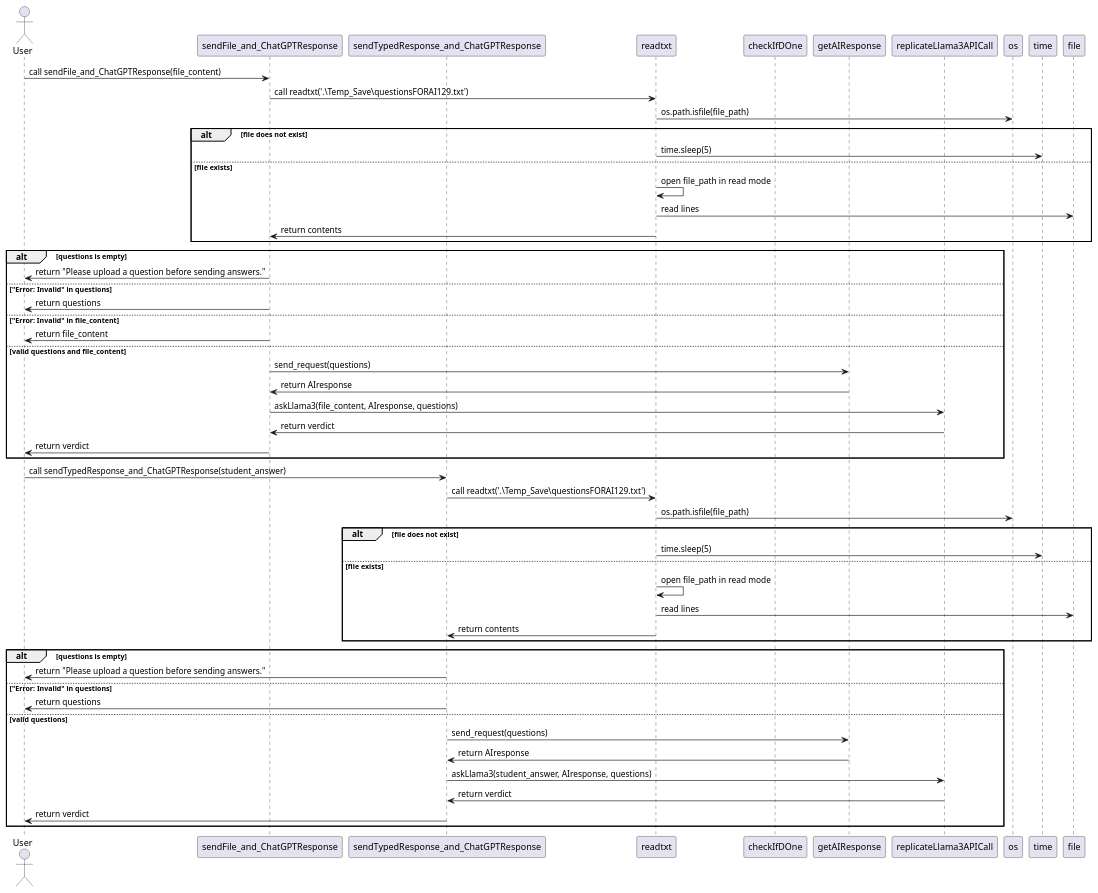
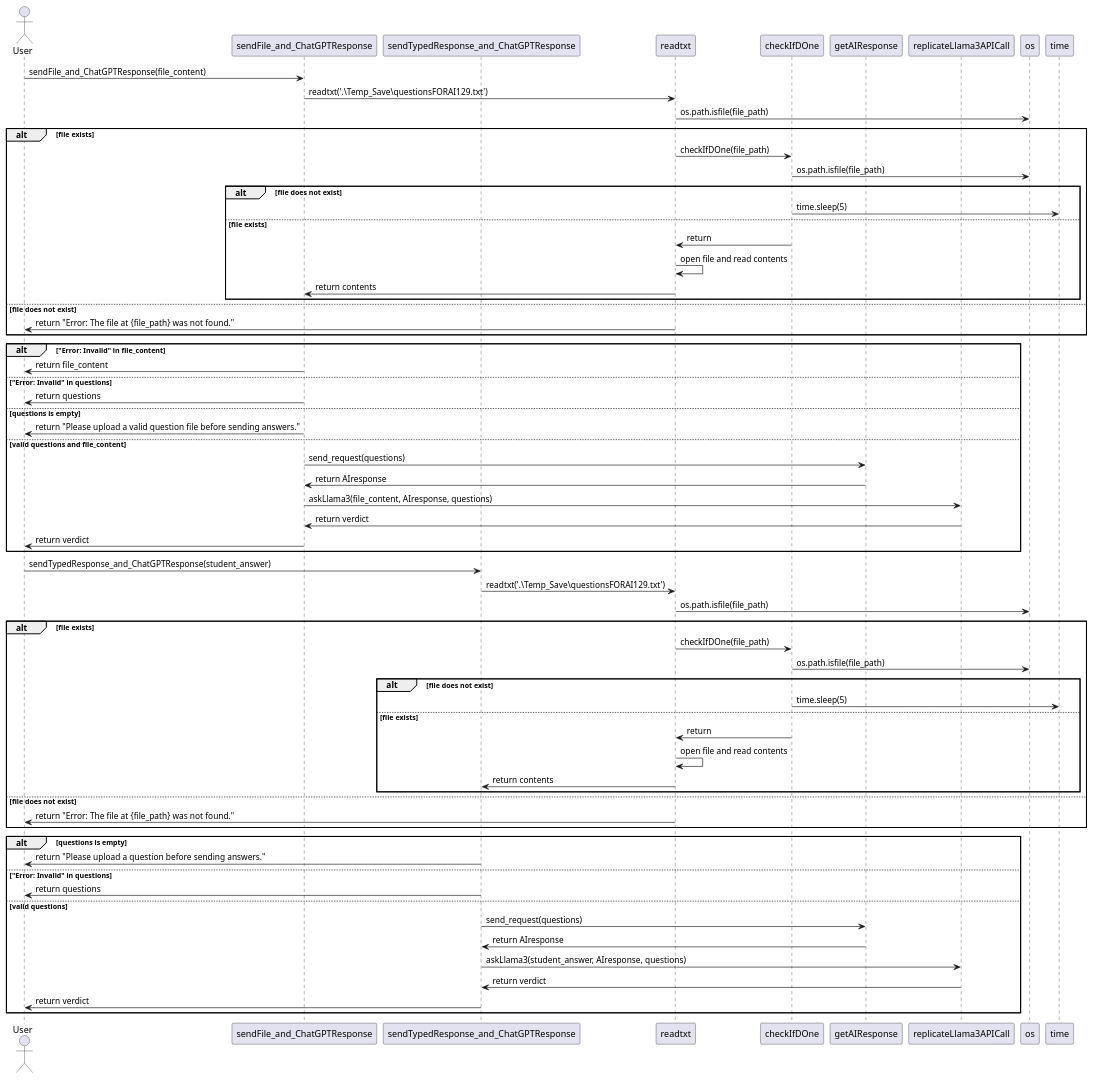
One commit to NoahS20/Grad-Project changed the diagram in Diagrams/Sequence Diagrams/BackEnd/sendToModelUMLSequence.wsd. Above: the diagram before and after it, drawn with PlantUML. The commit also changed 7 other files, not shown here.

```diff
--- a/Diagrams/Sequence Diagrams/BackEnd/sendToModelUMLSequence.wsd
+++ b/Diagrams/Sequence Diagrams/BackEnd/sendToModelUMLSequence.wsd
@@ -1,61 +1,73 @@
 @startuml
 actor User
 
 participant sendFile_and_ChatGPTResponse
 participant sendTypedResponse_and_ChatGPTResponse
 participant readtxt
 participant checkIfDOne
 participant getAIResponse
 participant replicateLlama3APICall
 participant os
 participant time
 
-User -> sendFile_and_ChatGPTResponse: call sendFile_and_ChatGPTResponse(file_content)
-sendFile_and_ChatGPTResponse -> readtxt: call readtxt('.\Temp_Save\questionsFORAI129.txt')
+User -> sendFile_and_ChatGPTResponse: sendFile_and_ChatGPTResponse(file_content)
+sendFile_and_ChatGPTResponse -> readtxt: readtxt('.\\Temp_Save\\questionsFORAI129.txt')
 readtxt -> os: os.path.isfile(file_path)
-alt file does not exist
-    readtxt -> time: time.sleep(5)
-else file exists
-    readtxt -> readtxt: open file_path in read mode
-    readtxt -> file: read lines
-    readtxt -> sendFile_and_ChatGPTResponse: return contents
+alt file exists
+    readtxt -> checkIfDOne: checkIfDOne(file_path)
+    checkIfDOne -> os: os.path.isfile(file_path)
+    alt file does not exist
+        checkIfDOne -> time: time.sleep(5)
+    else file exists
+        checkIfDOne -> readtxt: return
+        readtxt -> readtxt: open file and read contents
+        readtxt -> sendFile_and_ChatGPTResponse: return contents
+    end
+else file does not exist
+    readtxt -> User: return "Error: The file at {file_path} was not found."
 end
 
-alt questions is empty
-    sendFile_and_ChatGPTResponse -> User: return "Please upload a question before sending answers."
+alt "Error: Invalid" in file_content
+    sendFile_and_ChatGPTResponse -> User: return file_content
 else "Error: Invalid" in questions
     sendFile_and_ChatGPTResponse -> User: return questions
-else "Error: Invalid" in file_content
-    sendFile_and_ChatGPTResponse -> User: return file_content
+else questions is empty
+    sendFile_and_ChatGPTResponse -> User: return "Please upload a valid question file before sending answers."
 else valid questions and file_content
     sendFile_and_ChatGPTResponse -> getAIResponse: send_request(questions)
     getAIResponse -> sendFile_and_ChatGPTResponse: return AIresponse
     sendFile_and_ChatGPTResponse -> replicateLlama3APICall: askLlama3(file_content, AIresponse, questions)
     replicateLlama3APICall -> sendFile_and_ChatGPTResponse: return verdict
     sendFile_and_ChatGPTResponse -> User: return verdict
 end
 
-User -> sendTypedResponse_and_ChatGPTResponse: call sendTypedResponse_and_ChatGPTResponse(student_answer)
-sendTypedResponse_and_ChatGPTResponse -> readtxt: call readtxt('.\Temp_Save\questionsFORAI129.txt')
+User -> sendTypedResponse_and_ChatGPTResponse: sendTypedResponse_and_ChatGPTResponse(student_answer)
+sendTypedResponse_and_ChatGPTResponse -> readtxt: readtxt('.\\Temp_Save\\questionsFORAI129.txt')
 readtxt -> os: os.path.isfile(file_path)
-alt file does not exist
-    readtxt -> time: time.sleep(5)
-else file exists
-    readtxt -> readtxt: open file_path in read mode
-    readtxt -> file: read lines
-    readtxt -> sendTypedResponse_and_ChatGPTResponse: return contents
+alt file exists
+    readtxt -> checkIfDOne: checkIfDOne(file_path)
+    checkIfDOne -> os: os.path.isfile(file_path)
+    alt file does not exist
+        checkIfDOne -> time: time.sleep(5)
+    else file exists
+        checkIfDOne -> readtxt: return
+        readtxt -> readtxt: open file and read contents
+        readtxt -> sendTypedResponse_and_ChatGPTResponse: return contents
+    end
+else file does not exist
+    readtxt -> User: return "Error: The file at {file_path} was not found."
 end
 
 alt questions is empty
     sendTypedResponse_and_ChatGPTResponse -> User: return "Please upload a question before sending answers."
 else "Error: Invalid" in questions
     sendTypedResponse_and_ChatGPTResponse -> User: return questions
 else valid questions
     sendTypedResponse_and_ChatGPTResponse -> getAIResponse: send_request(questions)
     getAIResponse -> sendTypedResponse_and_ChatGPTResponse: return AIresponse
     sendTypedResponse_and_ChatGPTResponse -> replicateLlama3APICall: askLlama3(student_answer, AIresponse, questions)
     replicateLlama3APICall -> sendTypedResponse_and_ChatGPTResponse: return verdict
     sendTypedResponse_and_ChatGPTResponse -> User: return verdict
 end
 
 @enduml
```
